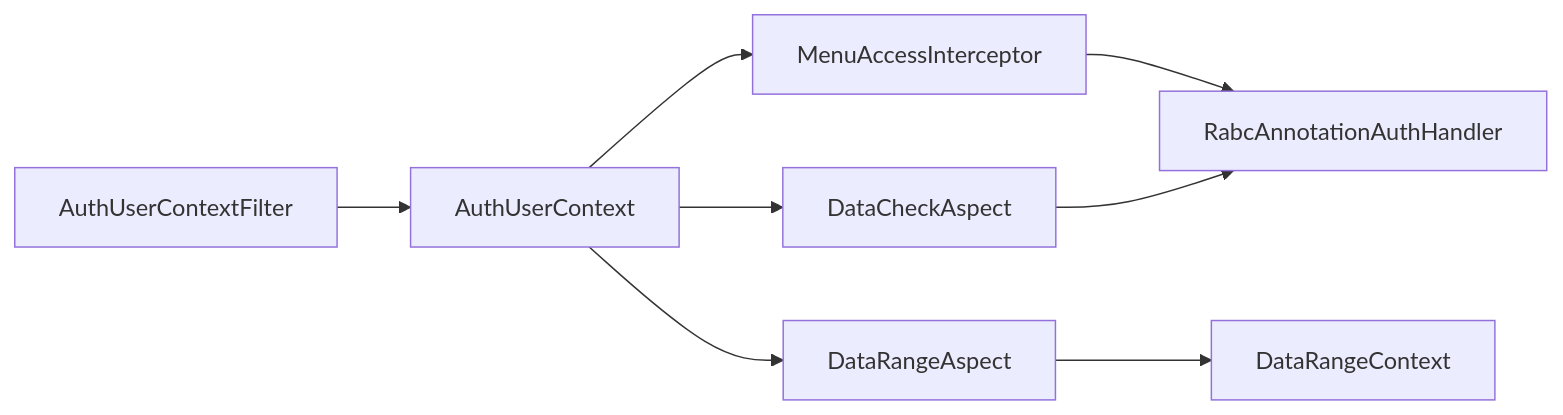
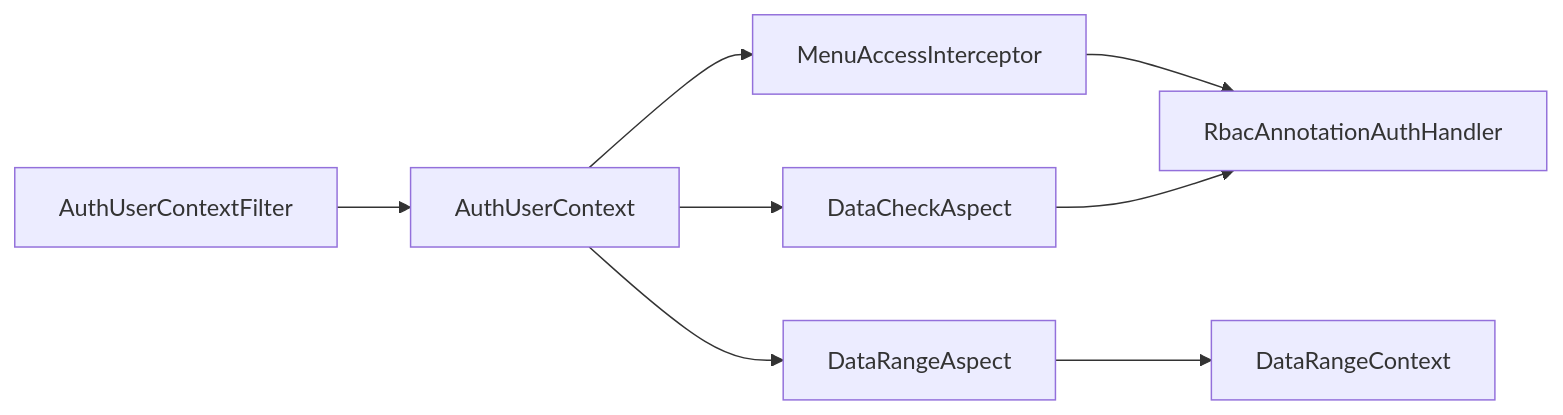
One commit to LiukewenSC/kewen-framework changed the sixth of 6 diagrams in .qoder/repowiki/zh/content/故障排除/权限问题排查.md. Above: the diagram before and after it, drawn with Mermaid. The commit also changed other lines of this file and 764 other files, not shown here.

````diff
--- a/.qoder/repowiki/zh/content/故障排除/权限问题排查.md
+++ b/.qoder/repowiki/zh/content/故障排除/权限问题排查.md
@@ -245,10 +245,10 @@
 ```mermaid
 graph LR
-Inter["MenuAccessInterceptor"] --> Handler["RabcAnnotationAuthHandler"]
+Inter["MenuAccessInterceptor"] --> Handler["RbacAnnotationAuthHandler"]
 RangeAspect["DataRangeAspect"] --> RangeCtx["DataRangeContext"]
 OpAspect["DataCheckAspect"] --> Handler
 Filter["AuthUserContextFilter"] --> Ctx["AuthUserContext"]
 Ctx --> Inter
 Ctx --> RangeAspect
 Ctx --> OpAspect
 ```
````
